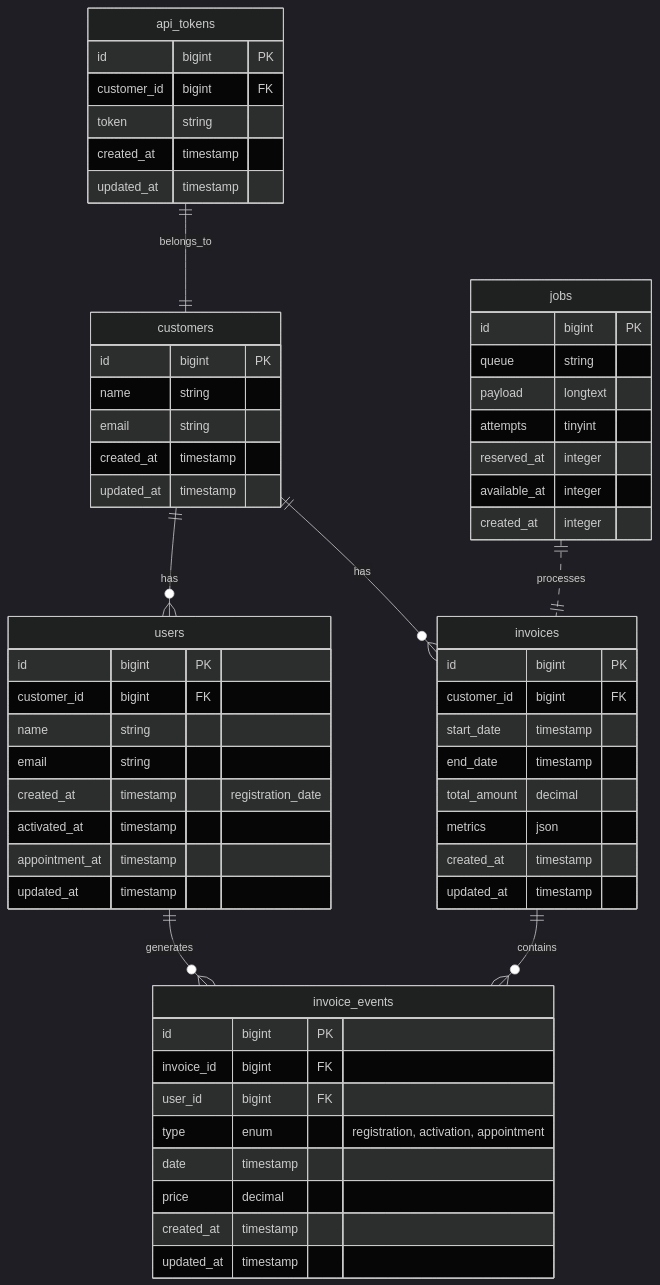
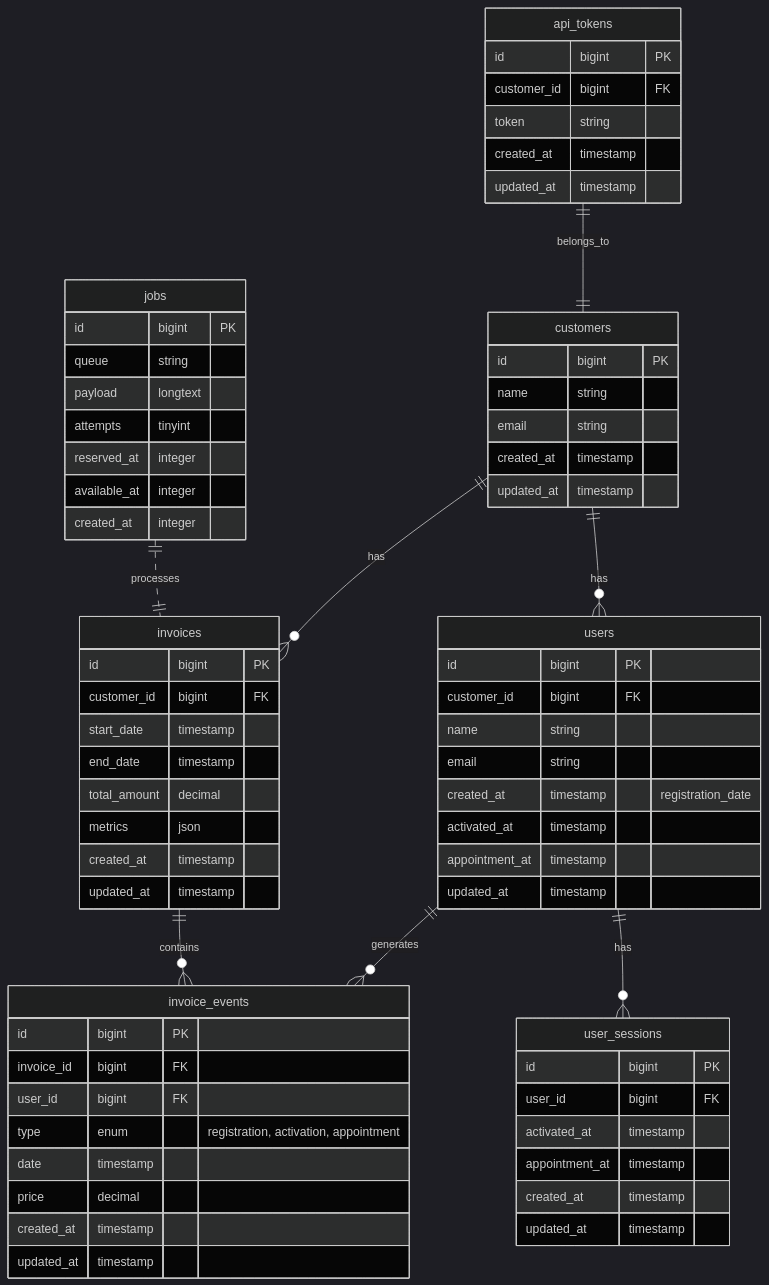
One commit to ahmeddhamdallah/invoicing-api changed the diagram in README.md. Above: the diagram before and after it, drawn with Mermaid (dark theme). The commit also changed other lines of this file, not shown here.

````diff
--- a/README.md
+++ b/README.md
@@ -7,68 +7,78 @@
 ```mermaid
 erDiagram
     customers ||--o{ users : has
     customers ||--o{ invoices : has
     users ||--o{ invoice_events : generates
+    users ||--o{ user_sessions : has
     invoices ||--o{ invoice_events : contains
     api_tokens ||--|| customers : belongs_to
     jobs ||..|| invoices : processes
 
     customers {
         id bigint PK
         name string
         email string
         created_at timestamp
         updated_at timestamp
     }
 
     users {
         id bigint PK
         customer_id bigint FK
         name string
         email string
         created_at timestamp "registration_date"
         activated_at timestamp
         appointment_at timestamp
+        updated_at timestamp
+    }
+
+    user_sessions {
+        id bigint PK
+        user_id bigint FK
+        activated_at timestamp
+        appointment_at timestamp
+        created_at timestamp
         updated_at timestamp
     }
 
     invoices {
         id bigint PK
         customer_id bigint FK
         start_date timestamp
         end_date timestamp
         total_amount decimal
         metrics json
         created_at timestamp
         updated_at timestamp
     }
 
     invoice_events {
         id bigint PK
         invoice_id bigint FK
         user_id bigint FK
         type enum "registration, activation, appointment"
         date timestamp
         price decimal
         created_at timestamp
         updated_at timestamp
     }
 
     api_tokens {
         id bigint PK
         customer_id bigint FK
         token string
         created_at timestamp
         updated_at timestamp
     }
 
     jobs {
         id bigint PK
         queue string
         payload longtext
         attempts tinyint
         reserved_at integer
         available_at integer
         created_at integer
     }
 ```
````
